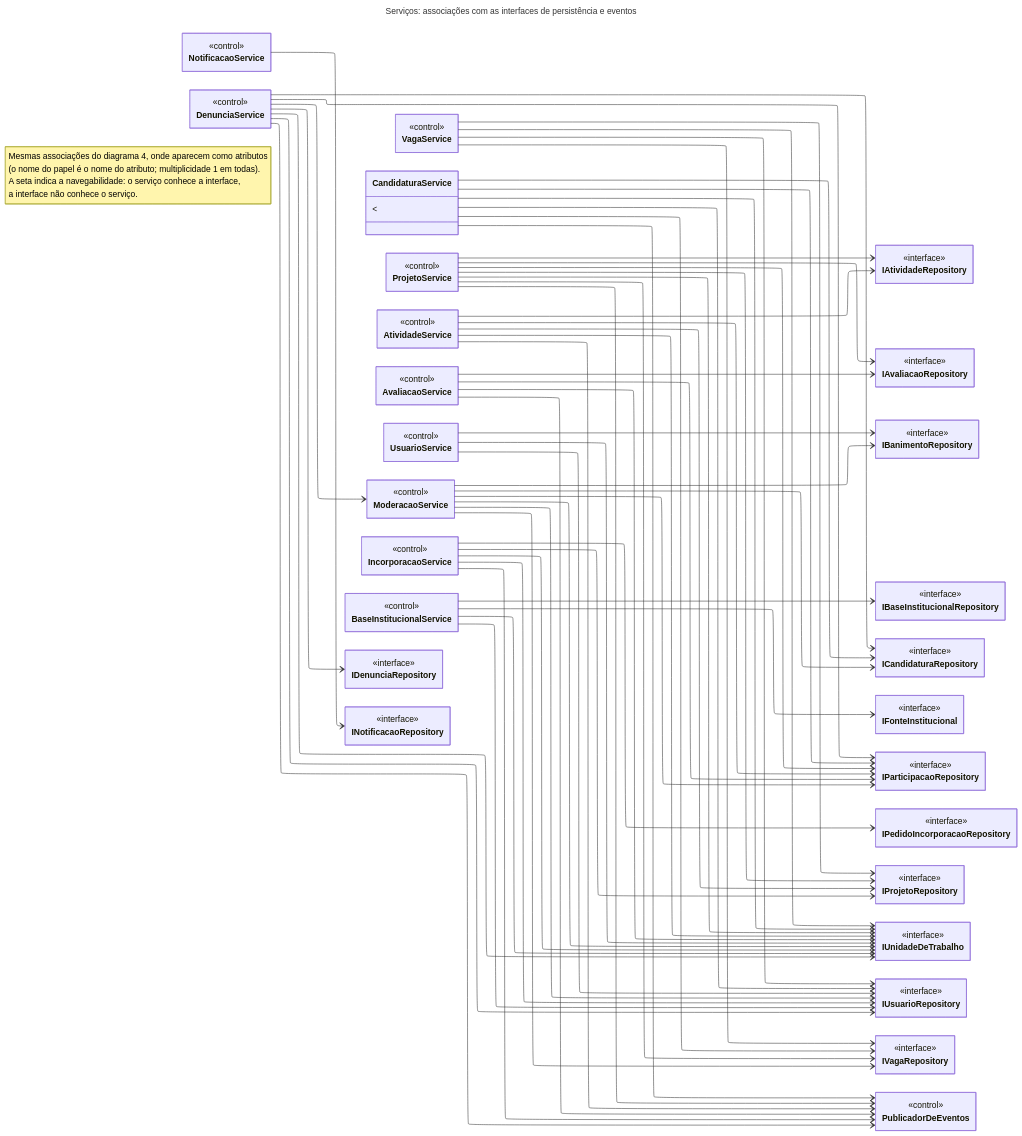
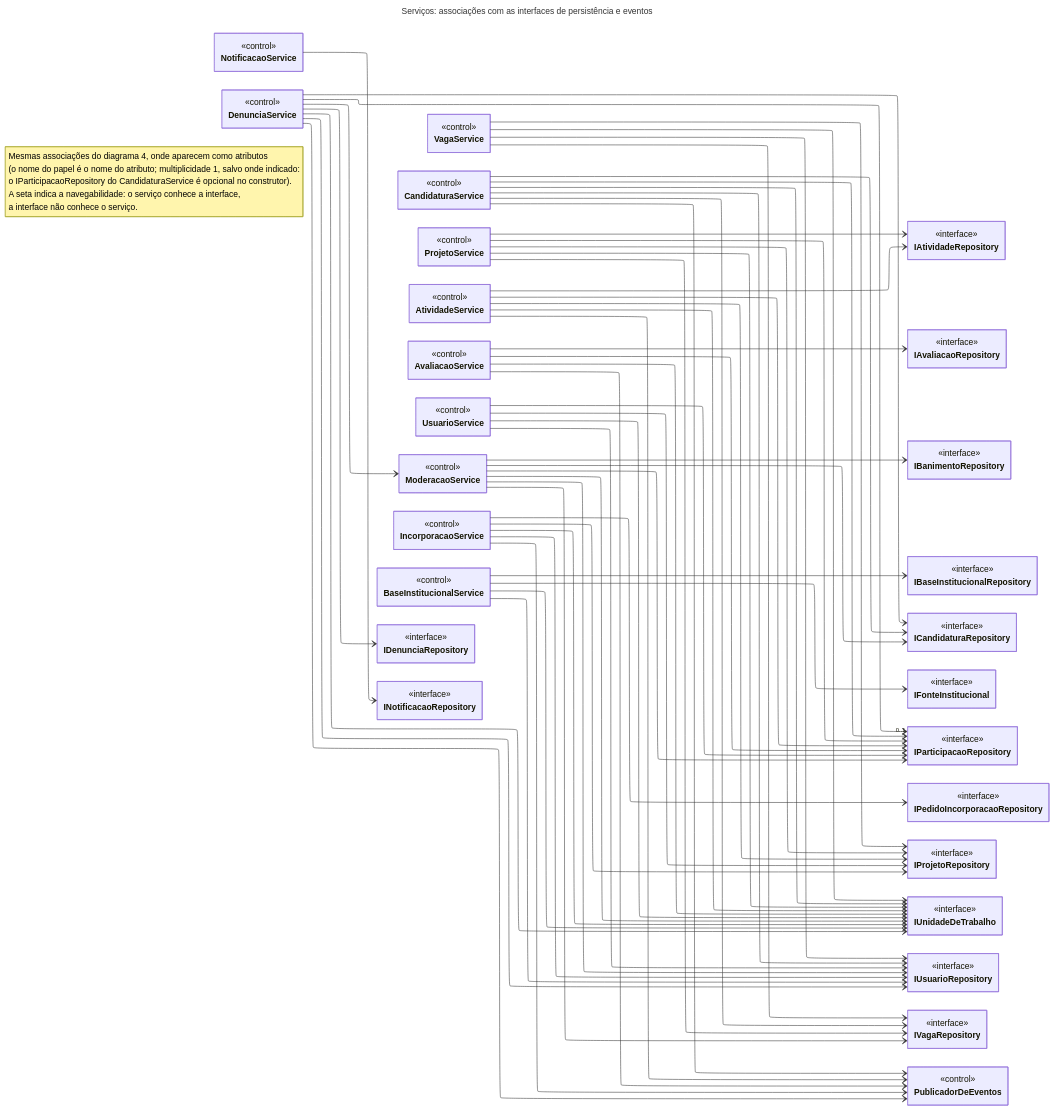
One commit to joaopaulo902/software-engineering-proj changed the diagram in diagrams/classes/aplicacao/ServicosDependencias.mmd. Above: the diagram before and after it, drawn with Mermaid. The commit also changed 19 other files, not shown here.

Commit message:
update all diagrams to the new necessities

```diff
--- a/diagrams/classes/aplicacao/ServicosDependencias.mmd
+++ b/diagrams/classes/aplicacao/ServicosDependencias.mmd
@@ -1,142 +1,141 @@
 ---
 title: "Serviços: associações com as interfaces de persistência e eventos"
 config:
   layout: elk
   class:
     hideEmptyMembersBox: true
 ---
 classDiagram
 direction LR
 
 class VagaService {
   <<control>>
 }
 class CandidaturaService {
-  <<control>
+  <<control>>
 }
 class ProjetoService {
   <<control>>
 }
 class AtividadeService {
   <<control>>
 }
 class AvaliacaoService {
   <<control>>
 }
 class UsuarioService {
   <<control>>
 }
 class NotificacaoService {
   <<control>>
 }
 class DenunciaService {
   <<control>>
 }
 class ModeracaoService {
   <<control>>
 }
 class IncorporacaoService {
   <<control>>
 }
 class BaseInstitucionalService {
   <<control>>
 }
 class IAtividadeRepository {
   <<interface>>
 }
 class IAvaliacaoRepository {
   <<interface>>
 }
 class IBanimentoRepository {
   <<interface>>
 }
 class IBaseInstitucionalRepository {
   <<interface>>
 }
 class ICandidaturaRepository {
   <<interface>>
 }
 class IDenunciaRepository {
   <<interface>>
 }
 class IFonteInstitucional {
   <<interface>>
 }
 class INotificacaoRepository {
   <<interface>>
 }
 class IParticipacaoRepository {
   <<interface>>
 }
 class IPedidoIncorporacaoRepository {
   <<interface>>
 }
 class IProjetoRepository {
   <<interface>>
 }
 class IUnidadeDeTrabalho {
   <<interface>>
 }
 class IUsuarioRepository {
   <<interface>>
 }
 class IVagaRepository {
   <<interface>>
 }
 class PublicadorDeEventos {
   <<control>>
 }
 
 VagaService --> IUnidadeDeTrabalho
 VagaService --> IVagaRepository
 VagaService --> IProjetoRepository
 VagaService --> IUsuarioRepository
 CandidaturaService --> IUnidadeDeTrabalho
 CandidaturaService --> ICandidaturaRepository
 CandidaturaService --> IVagaRepository
 CandidaturaService --> IUsuarioRepository
-CandidaturaService --> IParticipacaoRepository
+CandidaturaService --> "0..1" IParticipacaoRepository
 CandidaturaService --> PublicadorDeEventos
 ProjetoService --> IUnidadeDeTrabalho
 ProjetoService --> IProjetoRepository
 ProjetoService --> IVagaRepository
 ProjetoService --> IAtividadeRepository
 ProjetoService --> IParticipacaoRepository
-ProjetoService --> IAvaliacaoRepository
-ProjetoService --> PublicadorDeEventos
 AtividadeService --> IUnidadeDeTrabalho
 AtividadeService --> IAtividadeRepository
 AtividadeService --> IParticipacaoRepository
 AtividadeService --> IProjetoRepository
 AtividadeService --> PublicadorDeEventos
 AvaliacaoService --> IUnidadeDeTrabalho
 AvaliacaoService --> IAvaliacaoRepository
 AvaliacaoService --> IParticipacaoRepository
 AvaliacaoService --> PublicadorDeEventos
 UsuarioService --> IUnidadeDeTrabalho
 UsuarioService --> IUsuarioRepository
-UsuarioService --> IBanimentoRepository
+UsuarioService --> IProjetoRepository
+UsuarioService --> IParticipacaoRepository
 NotificacaoService --> INotificacaoRepository
 DenunciaService --> IUnidadeDeTrabalho
 DenunciaService --> IDenunciaRepository
 DenunciaService --> IUsuarioRepository
 DenunciaService --> ICandidaturaRepository
 DenunciaService --> IParticipacaoRepository
 DenunciaService --> ModeracaoService
 DenunciaService --> PublicadorDeEventos
 ModeracaoService --> IUnidadeDeTrabalho
 ModeracaoService --> IUsuarioRepository
 ModeracaoService --> IBanimentoRepository
 ModeracaoService --> ICandidaturaRepository
 ModeracaoService --> IParticipacaoRepository
 ModeracaoService --> IVagaRepository
 IncorporacaoService --> IUnidadeDeTrabalho
+IncorporacaoService --> IProjetoRepository
 IncorporacaoService --> IPedidoIncorporacaoRepository
-IncorporacaoService --> IProjetoRepository
 IncorporacaoService --> IUsuarioRepository
 IncorporacaoService --> PublicadorDeEventos
 BaseInstitucionalService --> IUnidadeDeTrabalho
 BaseInstitucionalService --> IBaseInstitucionalRepository
 BaseInstitucionalService --> IFonteInstitucional
 BaseInstitucionalService --> IUsuarioRepository
-note "Mesmas associações do diagrama 4, onde aparecem como atributos<br>(o nome do papel é o nome do atributo; multiplicidade 1 em todas).<br>A seta indica a navegabilidade: o serviço conhece a interface,<br>a interface não conhece o serviço."
+note "Mesmas associações do diagrama 4, onde aparecem como atributos<br>(o nome do papel é o nome do atributo; multiplicidade 1, salvo onde indicado:<br>o IParticipacaoRepository do CandidaturaService é opcional no construtor).<br>A seta indica a navegabilidade: o serviço conhece a interface,<br>a interface não conhece o serviço."
```
